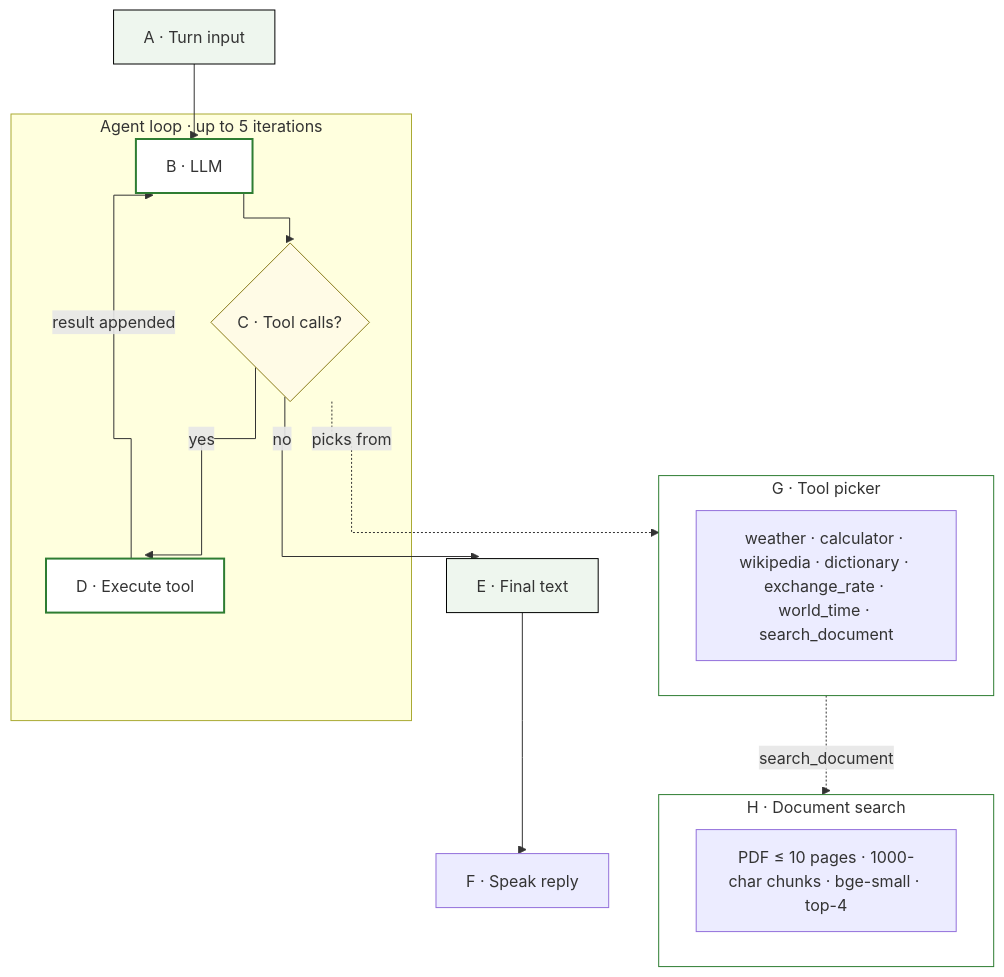
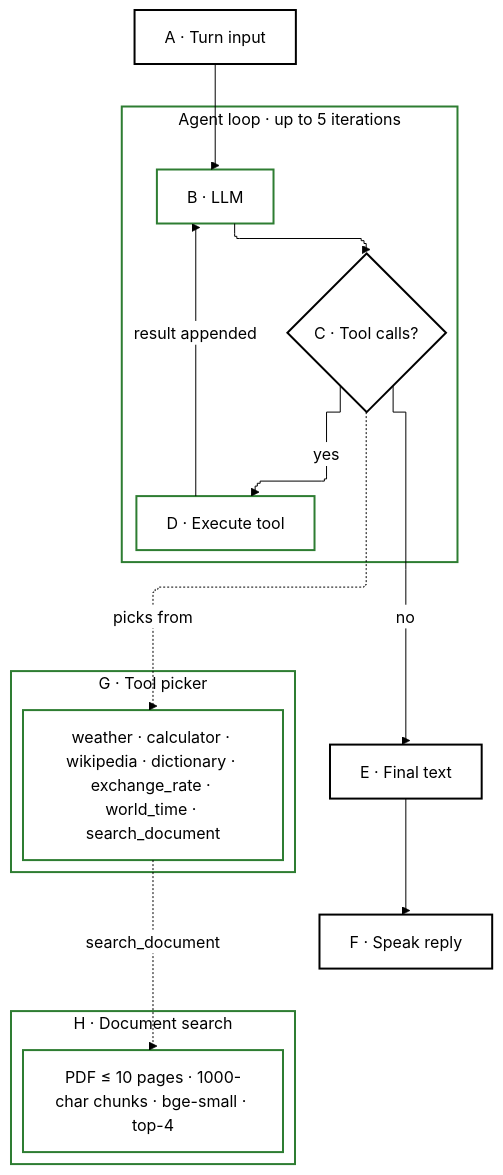
One commit to qharo/voice_agent changed the diagram in diagrams/agent.mmd. Above: the diagram before and after it, drawn with Mermaid. The commit also changed 1 other file, not shown here.

Commit message:
changed the diagram

```diff
--- a/diagrams/agent.mmd
+++ b/diagrams/agent.mmd
@@ -1,31 +1,39 @@
-%%{init: {'flowchart': {'curve': 'stepBefore'}}}%%
+%%{init: {'flowchart': {'defaultRenderer': 'elk', 'curve': 'stepBefore', 'elk': {'edgeRouting': 'ORTHOGONAL', 'nodePlacement': 'NETWORK_SIMPLEX'}}, 'theme': 'base', 'themeVariables': {'fontFamily': 'Roboto', 'primaryTextColor': '#000000', 'lineColor': '#000000', 'edgeLabelBackground': '#ffffff'}}}%%
 flowchart TD
-    A["A · Turn input"] --> B["B · LLM"]
-    B --> C{"C · Tool calls?"}
-    C -->|yes| D["D · Execute tool"]
+    classDef input fill:#ffffff,stroke:#000000,stroke-width:2px,color:#000000;
+    classDef model fill:#ffffff,stroke:#2e7d32,stroke-width:2px,color:#000000;
+    classDef dec fill:#ffffff,stroke:#000000,stroke-width:2px,color:#000000;
+    classDef panel fill:#ffffff,stroke:#2e7d32,stroke-width:2px,color:#000000;
+
+    A["A · Turn input"]:::input
+
+    subgraph LOOP ["Agent loop · up to 5 iterations"]
+        B["B · LLM"]:::model
+        C{"C · Tool calls?"}:::dec
+        D["D · Execute tool"]:::model
+    end
+
+    E["E · Final text"]:::input
+    F["F · Speak reply"]:::input
+
+    subgraph TOOLS ["G · Tool picker"]
+        G["weather · calculator · wikipedia · dictionary · exchange_rate · world_time · search_document"]:::panel
+    end
+
+    subgraph RAG ["H · Document search"]
+        H["PDF ≤ 10 pages · 1000-char chunks · bge-small · top-4"]:::panel
+    end
+
+    style LOOP fill:#ffffff,stroke:#2e7d32,stroke-width:2px,color:#000000
+    style TOOLS fill:#ffffff,stroke:#2e7d32,stroke-width:2px,color:#000000
+    style RAG fill:#ffffff,stroke:#2e7d32,stroke-width:2px,color:#000000
+
+    A --> B
+    B --> C
+    C -->|yes| D
+    C -->|no| E
+    E --> F
     D -->|result appended| B
-    C -->|no| E["E · Final text"]
-    E --> F["F · Speak reply"]
 
-    subgraph LOOP["Agent loop · up to 5 iterations"]
-        B
-        C
-        D
-    end
-    subgraph TOOLS["G · Tool picker"]
-        G["weather · calculator · wikipedia · dictionary · exchange_rate · world_time · search_document"]
-    end
-    subgraph RAG["H · Document search"]
-        H["PDF ≤ 10 pages · 1000-char chunks · bge-small · top-4"]
-    end
-    C -.->|picks from| TOOLS
-    TOOLS -.->|search_document| RAG
-
-    classDef input fill:#eef6ee,stroke:#000;
-    classDef model fill:#ffffff,stroke:#2e7d32,stroke-width:2px;
-    classDef dec fill:#fffbe6,stroke:#8a7c1a;
-    classDef panel fill:#ffffff,stroke:#2e7d32;
-    class A,E input;
-    class B,D model;
-    class C dec;
-    class TOOLS,RAG panel;
+    C -.->|picks from| G
+    G -.->|search_document| H
```
